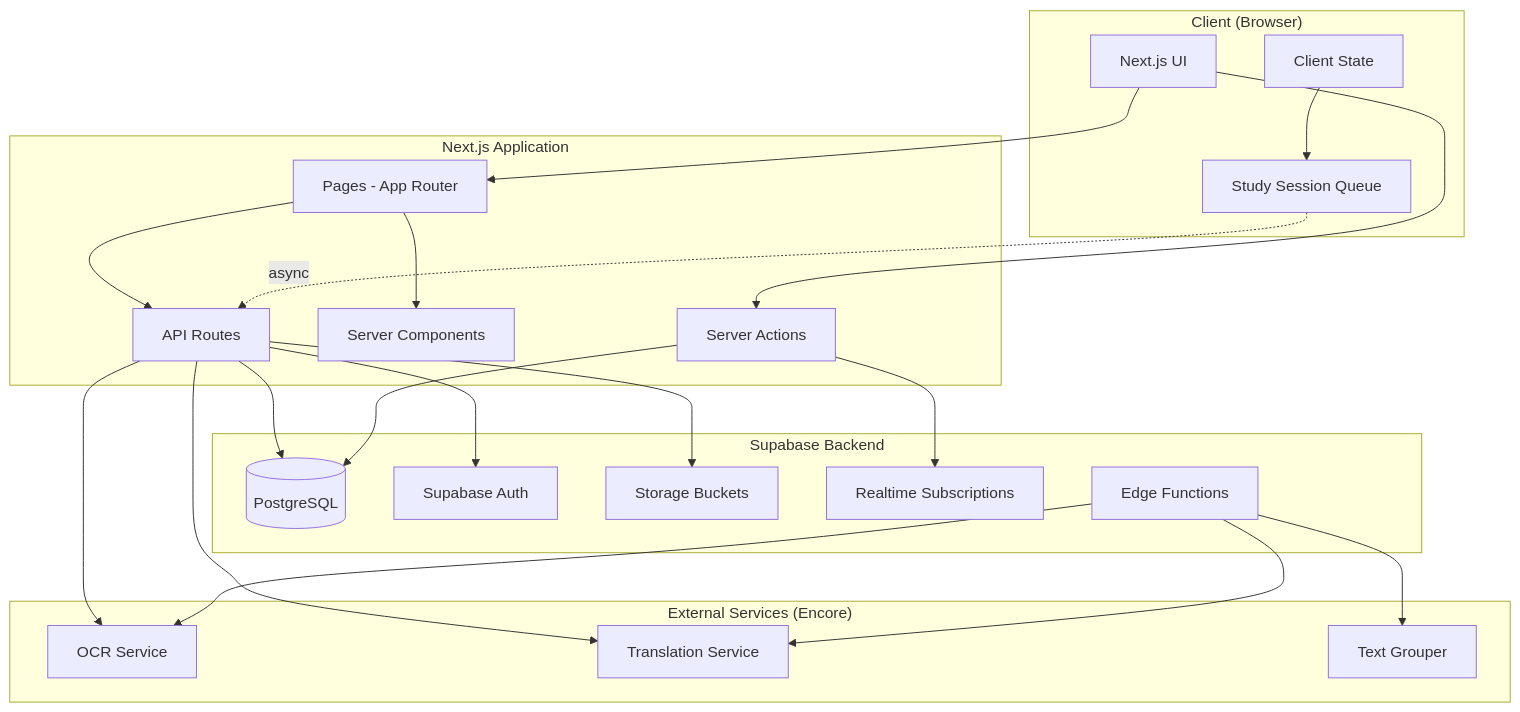
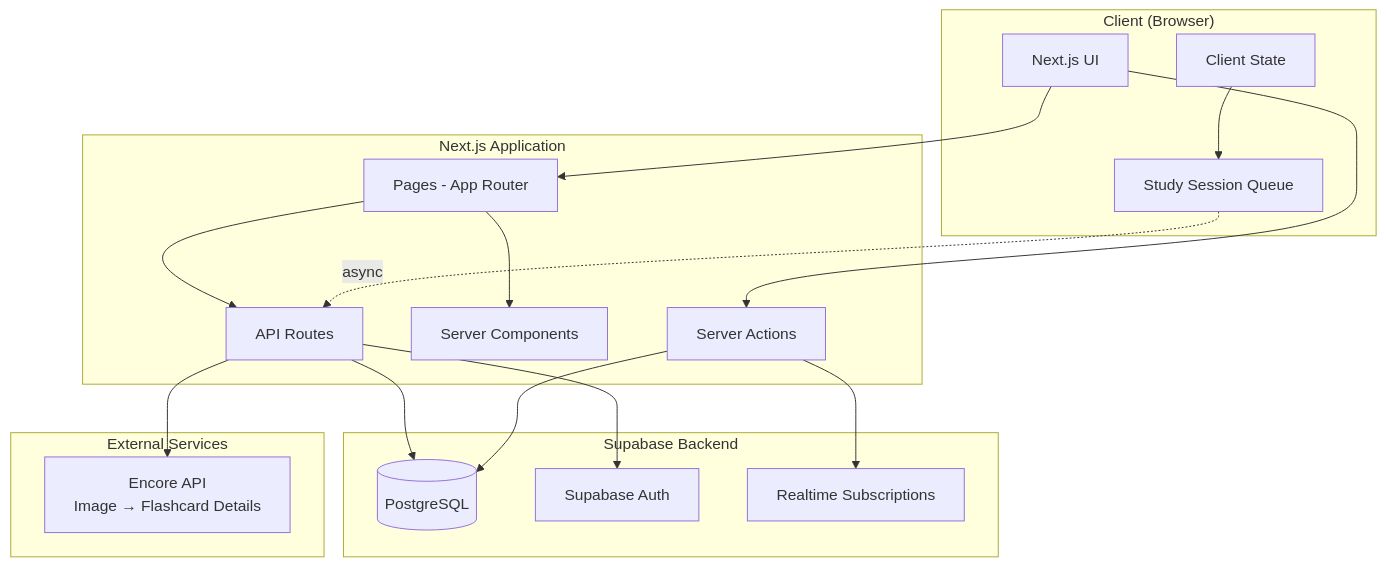
Before and after one commit to gwarren3210/ankitoon: the first of 3 diagrams in REBUILD_DOCUMENTATION.md, drawn with Mermaid. The commit also changed other lines of this file, not shown here.

Commit message:
update service architecture and fixed user journey

````diff
--- a/REBUILD_DOCUMENTATION.md
+++ b/REBUILD_DOCUMENTATION.md
@@ -261,50 +261,40 @@
 ```mermaid
 graph TB
     subgraph "Client (Browser)"
         UI[Next.js UI]
         State[Client State]
         SessionQueue[Study Session Queue]
     end
     
     subgraph "Next.js Application"
         Pages[Pages - App Router]
         API[API Routes]
         ServerComponents[Server Components]
         ServerActions[Server Actions]
     end
     
     subgraph "Supabase Backend"
         DB[(PostgreSQL)]
         Auth[Supabase Auth]
-        Storage[Storage Buckets]
         Realtime[Realtime Subscriptions]
-        EdgeFn[Edge Functions]
     end
     
-    subgraph "External Services (Encore)"
-        OCR[OCR Service]
-        Translation[Translation Service]
-        TextGroup[Text Grouper]
+    subgraph "External Services"
+        Encore[Encore API<br/>Image → Flashcard Details]
     end
     
     UI --> Pages
     Pages --> ServerComponents
     Pages --> API
     UI --> ServerActions
     
     API --> DB
     API --> Auth
-    API --> Storage
-    API --> OCR
-    API --> Translation
+    API --> Encore
     
     ServerActions --> DB
     ServerActions --> Realtime
     
-    EdgeFn --> OCR
-    EdgeFn --> Translation
-    EdgeFn --> TextGroup
-    
     State --> SessionQueue
     SessionQueue -.async.-> API
 ```
````
